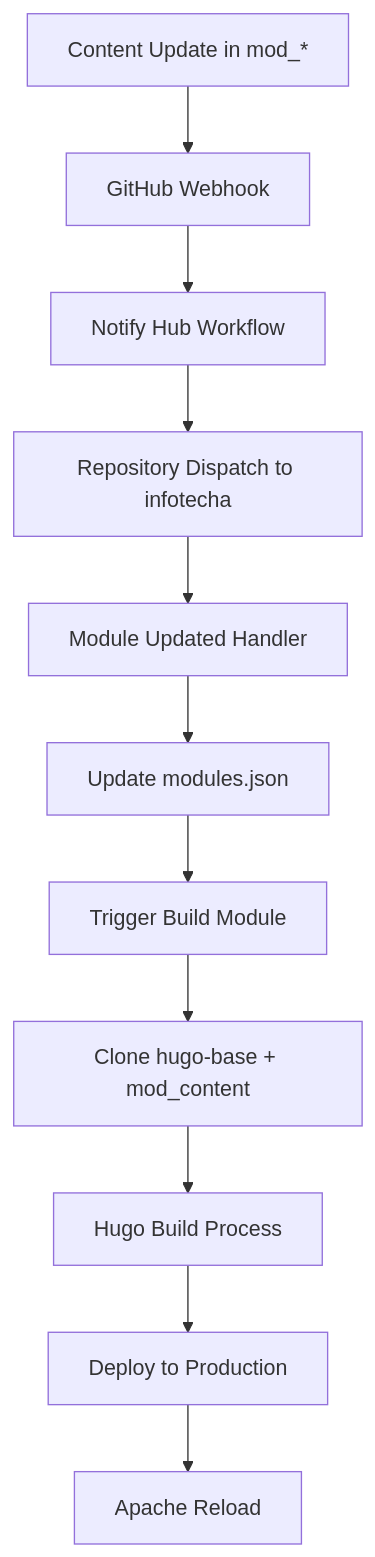
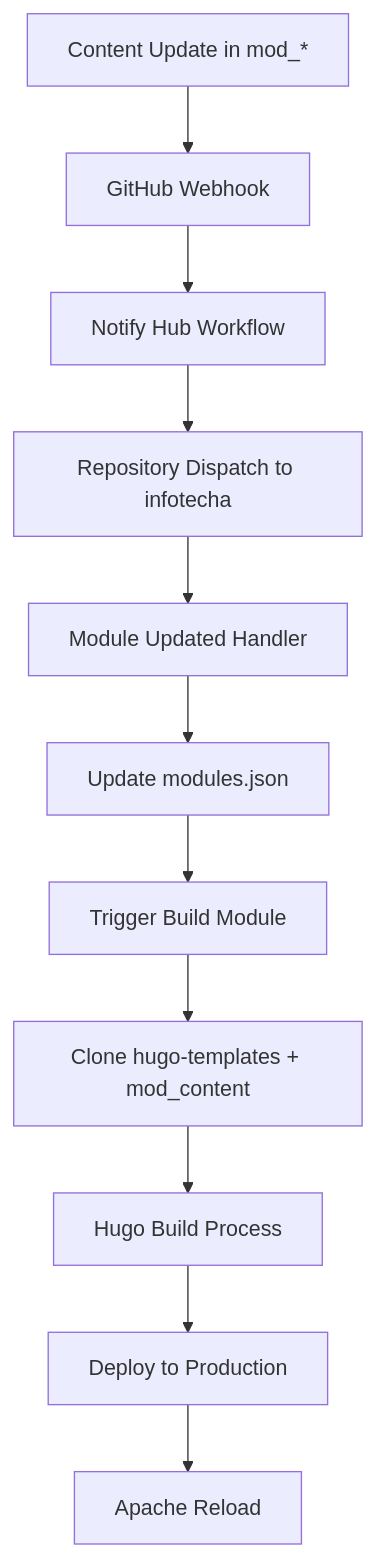
The diagram in mvp/01_Архитектурная_аннотация.md (info-tech-io/info-tech), drawn with Mermaid before and after one commit. The commit also changed other lines of this file and 2 other files, not shown here.

````diff
--- a/mvp/01_Архитектурная_аннотация.md
+++ b/mvp/01_Архитектурная_аннотация.md
@@ -154,13 +153,13 @@
 ```mermaid
 graph TD
     A[Content Update in mod_*] --> B[GitHub Webhook]
     B --> C[Notify Hub Workflow]
     C --> D[Repository Dispatch to infotecha]
     D --> E[Module Updated Handler]
     E --> F[Update modules.json]
     F --> G[Trigger Build Module]
-    G --> H[Clone hugo-base + mod_content]
+    G --> H[Clone hugo-templates + mod_content]
     H --> I[Hugo Build Process]
     I --> J[Deploy to Production]
     J --> K[Apache Reload]
 ```
````
